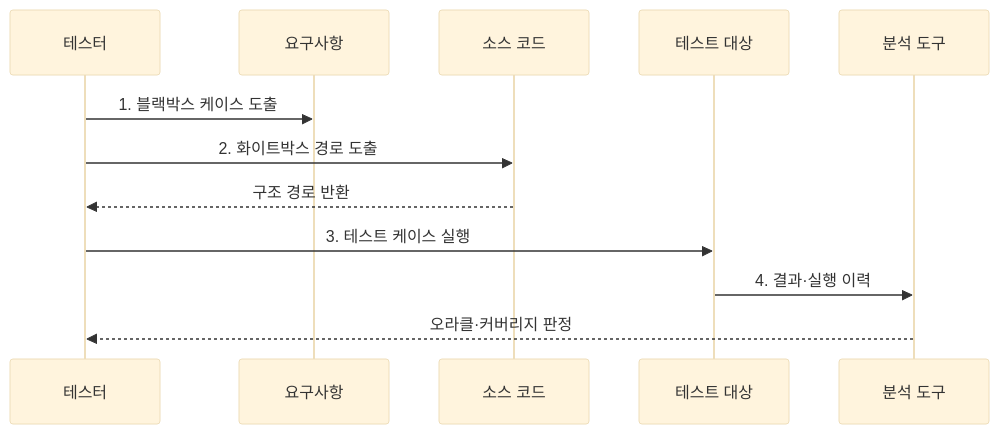
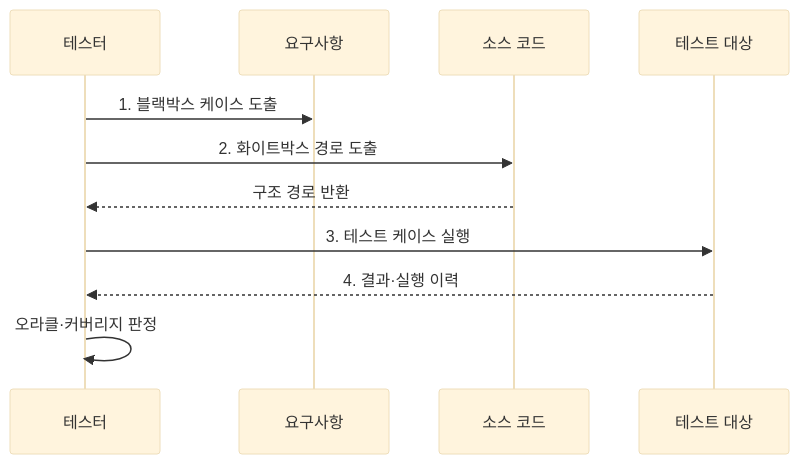
Before and after one commit to agnusdei1207/knowledge-base: the diagram in src/content/docs/notes/03-software/060_whitebox_blackbox_testing.md, drawn with Mermaid (base theme). The commit also changed 8 other files, not shown here.

Commit message:
Clarify software quality diagrams

````diff
--- a/src/content/docs/notes/03-software/060_whitebox_blackbox_testing.md
+++ b/src/content/docs/notes/03-software/060_whitebox_blackbox_testing.md
@@ -90,14 +90,13 @@
 ```mermaid
 sequenceDiagram
     participant T as 테스터
     participant R as 요구사항
     participant C as 소스 코드
     participant S as 테스트 대상
-    participant A as 분석 도구
     T->>R: 1. 블랙박스 케이스 도출
     T->>C: 2. 화이트박스 경로 도출
     C-->>T: 구조 경로 반환
     T->>S: 3. 테스트 케이스 실행
-    S->>A: 4. 결과·실행 이력
-    A-->>T: 오라클·커버리지 판정
+    S-->>T: 4. 결과·실행 이력
+    T->>T: 오라클·커버리지 판정
 ```
````
